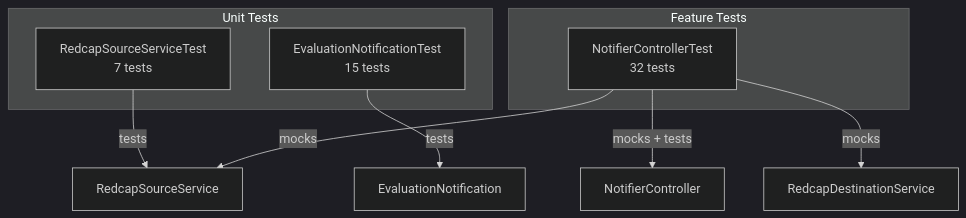
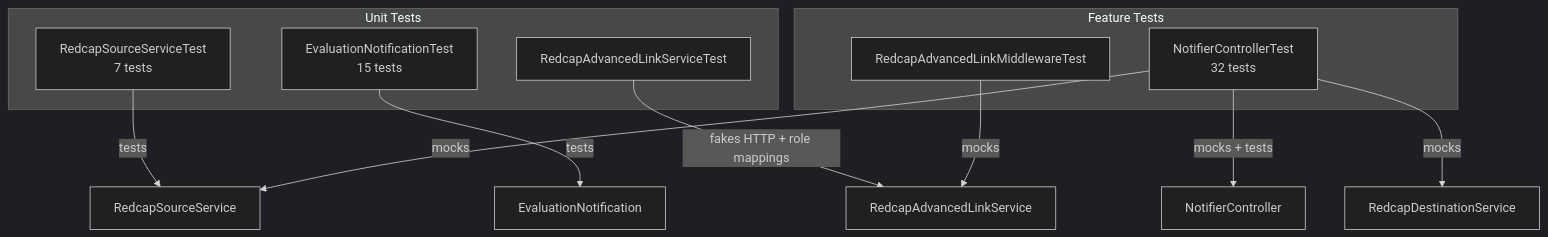
The first of 2 diagrams in Docs/testing.md (com-atg/OMM-SE), drawn with Mermaid (dark theme) before and after one commit. The commit also changed other lines of this file and 60 other files, not shown here.

Commit message:
Implement SAML authentication middleware, enhance user role management, and add REDCap project token handling

````diff
--- a/Docs/testing.md
+++ b/Docs/testing.md
@@ -7,16 +7,20 @@
 ```mermaid
 graph TD
     subgraph Unit Tests
         U1[RedcapSourceServiceTest\n7 tests]
         U2[EvaluationNotificationTest\n15 tests]
+        U3[RedcapAdvancedLinkServiceTest]
     end
     subgraph Feature Tests
         F1[NotifierControllerTest\n32 tests]
+        F2[RedcapAdvancedLinkMiddlewareTest]
     end
 
     U1 -->|tests| SRC[RedcapSourceService]
     U2 -->|tests| MAIL[EvaluationNotification]
     F1 -->|mocks + tests| NC[NotifierController]
     F1 -->|mocks| SRC
     F1 -->|mocks| DST[RedcapDestinationService]
+    U3 -->|fakes HTTP + role mappings| RAS[RedcapAdvancedLinkService]
+    F2 -->|mocks| RAS
 ```
````
